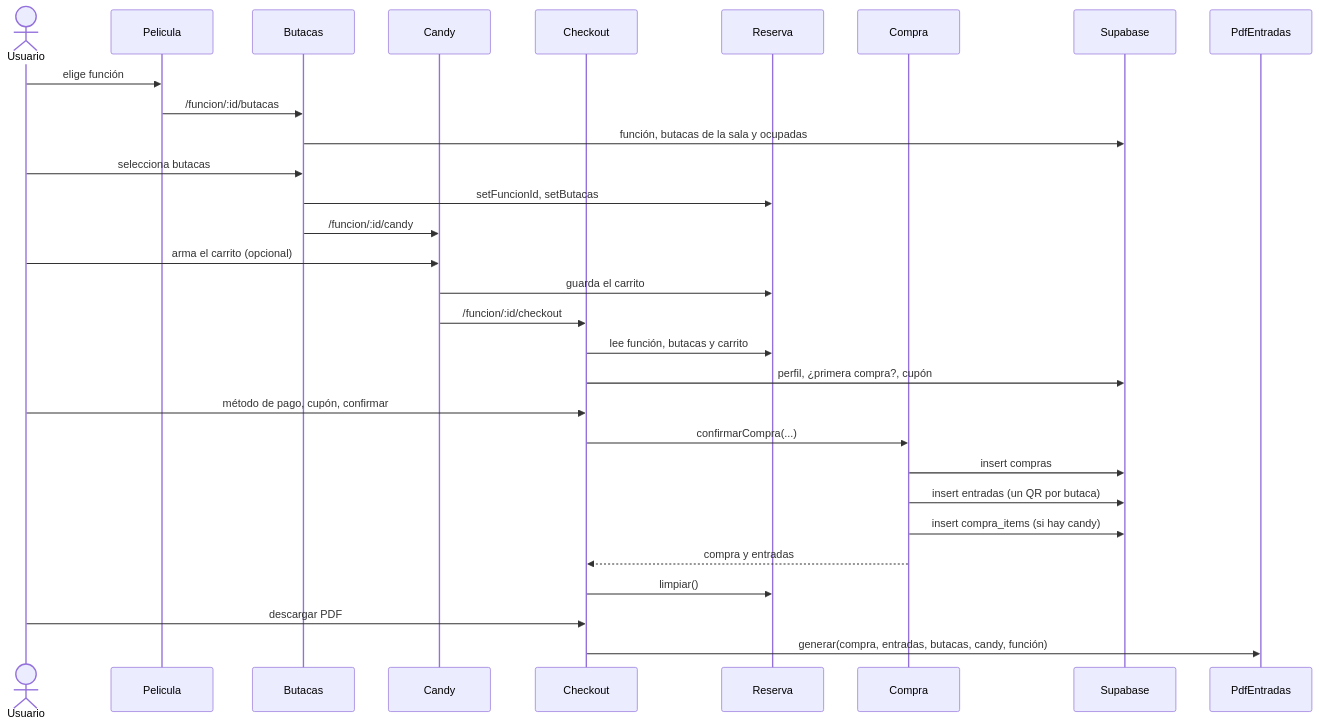
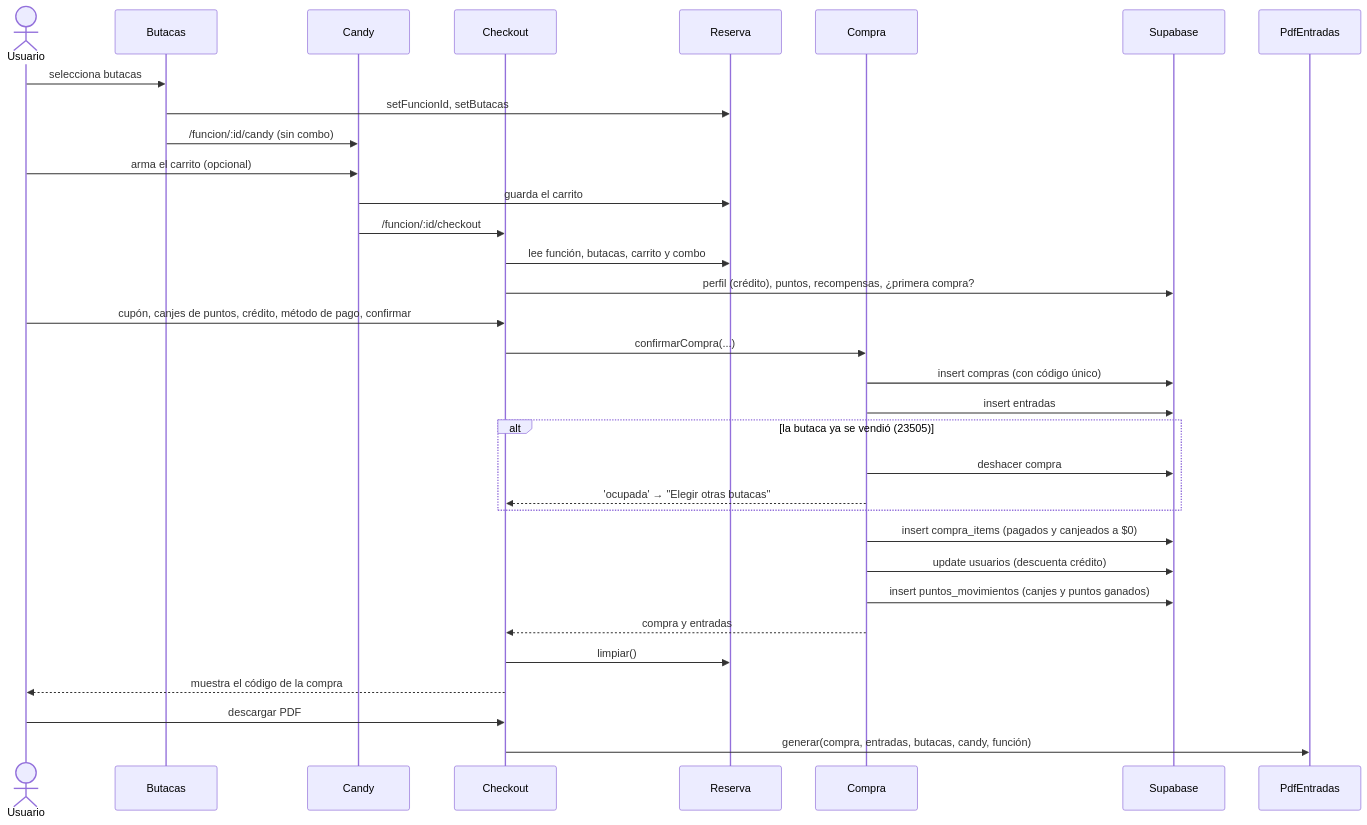
The sixth of 11 diagrams in ARQUITECTURA.md (EmilianoCenturion/TP1-Progra-IV-Cinepop), drawn with Mermaid before and after one commit. The commit also changed other lines of this file and 1 other file, not shown here.

Commit message:
docs: actualizar arquitectura y decisiones con todo lo implementado

````diff
--- a/ARQUITECTURA.md
+++ b/ARQUITECTURA.md
@@ -228,33 +289,36 @@
 ```mermaid
 sequenceDiagram
     actor U as Usuario
-    participant P as Pelicula
     participant B as Butacas
     participant C as Candy
     participant K as Checkout
     participant RS as Reserva
     participant CO as Compra
     participant DB as Supabase
     participant PDF as PdfEntradas
 
-    U->>P: elige función
-    P->>B: /funcion/:id/butacas
-    B->>DB: función, butacas de la sala y ocupadas
     U->>B: selecciona butacas
     B->>RS: setFuncionId, setButacas
-    B->>C: /funcion/:id/candy
+    B->>C: /funcion/:id/candy (sin combo)
     U->>C: arma el carrito (opcional)
     C->>RS: guarda el carrito
     C->>K: /funcion/:id/checkout
-    K->>RS: lee función, butacas y carrito
-    K->>DB: perfil, ¿primera compra?, cupón
-    U->>K: método de pago, cupón, confirmar
+    K->>RS: lee función, butacas, carrito y combo
+    K->>DB: perfil (crédito), puntos, recompensas, ¿primera compra?
+    U->>K: cupón, canjes de puntos, crédito, método de pago, confirmar
     K->>CO: confirmarCompra(...)
-    CO->>DB: insert compras
-    CO->>DB: insert entradas (un QR por butaca)
-    CO->>DB: insert compra_items (si hay candy)
+    CO->>DB: insert compras (con código único)
+    CO->>DB: insert entradas
+    alt la butaca ya se vendió (23505)
+        CO->>DB: deshacer compra
+        CO-->>K: 'ocupada' → "Elegir otras butacas"
+    end
+    CO->>DB: insert compra_items (pagados y canjeados a $0)
+    CO->>DB: update usuarios (descuenta crédito)
+    CO->>DB: insert puntos_movimientos (canjes y puntos ganados)
     CO-->>K: compra y entradas
     K->>RS: limpiar()
+    K-->>U: muestra el código de la compra
     U->>K: descargar PDF
     K->>PDF: generar(compra, entradas, butacas, candy, función)
 ```
````
